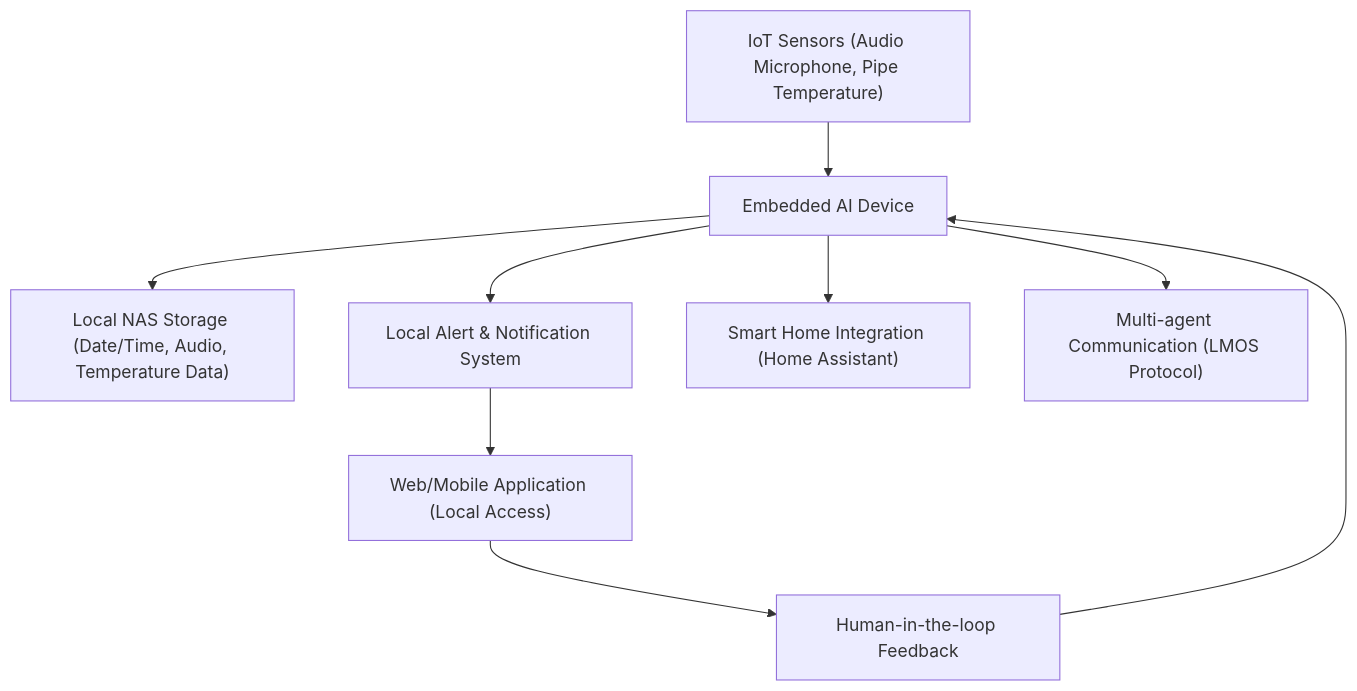
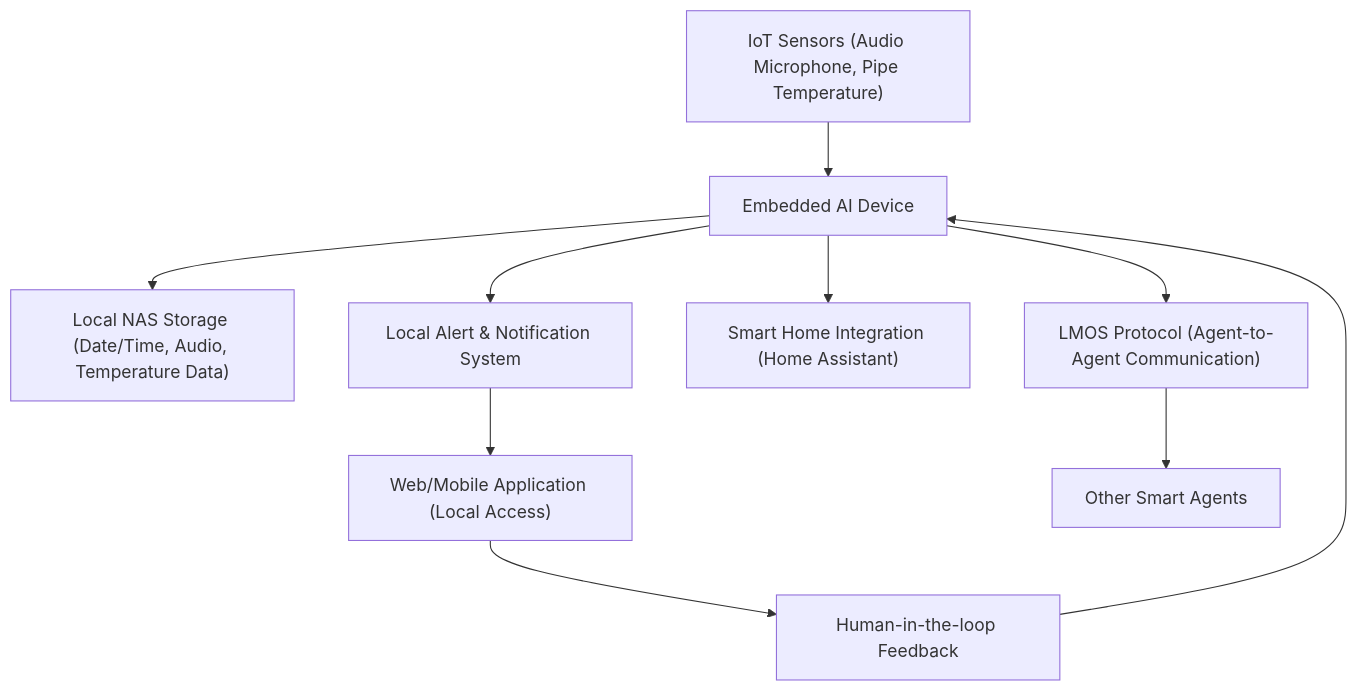
The diagram in README.md (michalharakal/pAIpesense), drawn with Mermaid before and after one commit. The commit also changed other lines of this file, not shown here.

Commit message:
Add links to LMOS

````diff
--- a/README.md
+++ b/README.md
@@ -35,11 +35,12 @@
 ```mermaid
 flowchart TD
     Sensor["IoT Sensors (Audio Microphone, Pipe Temperature)"] --> Device["Embedded AI Device"]
     Device --> NAS["Local NAS Storage (Date/Time, Audio, Temperature Data)"]
     Device --> Alerting["Local Alert & Notification System"]
     Alerting --> User["Web/Mobile Application (Local Access)"]
     User --> Feedback["Human-in-the-loop Feedback"]
     Feedback --> Device
     Device --> SmartHome["Smart Home Integration (Home Assistant)"]
-    Device --> Agents["Multi-agent Communication (LMOS Protocol)"]
+    Device --> LMOS["LMOS Protocol (Agent-to-Agent Communication)"]
+    LMOS --> Agents["Other Smart Agents"]
 ```
````
